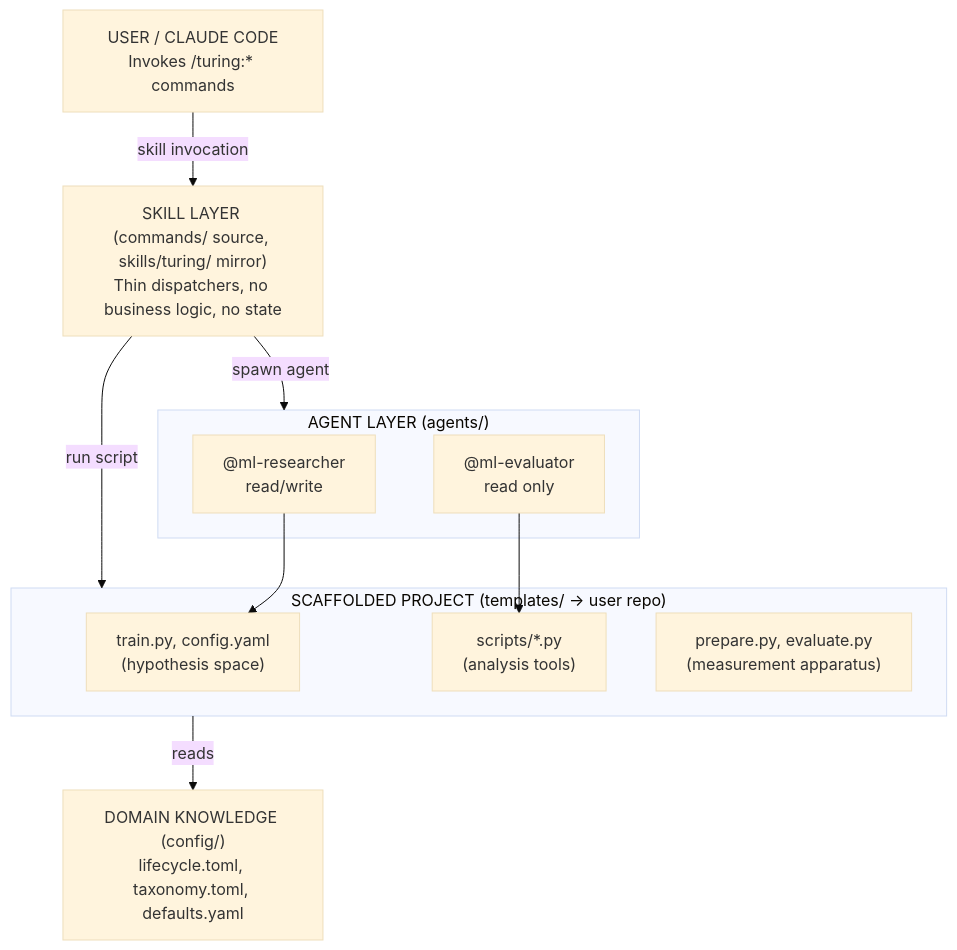
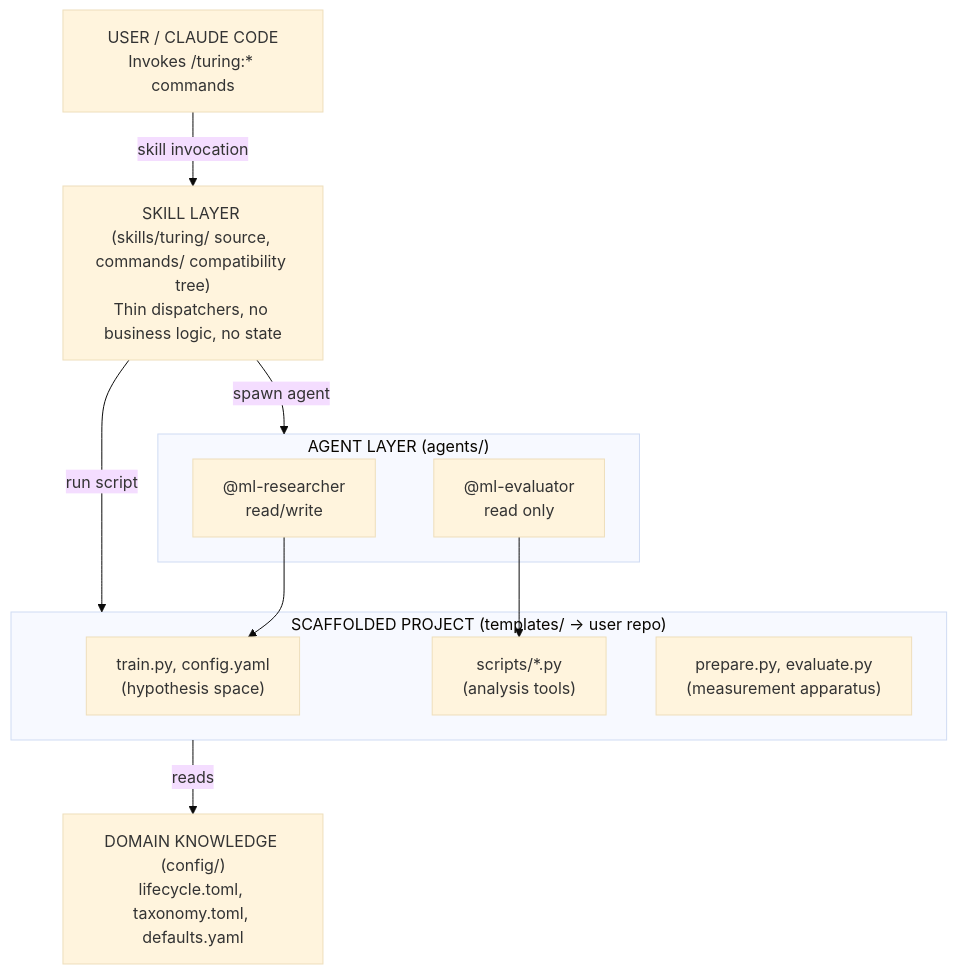
One commit to ThePyProgrammer/turing changed the second of 2 diagrams in docs/architecture/index.md. Above: the diagram before and after it, drawn with Mermaid (base theme). The commit also changed other lines of this file and 3 other files, not shown here.

Commit message:
docs: document skills as command source

````diff
--- a/docs/architecture/index.md
+++ b/docs/architecture/index.md
@@ -115,24 +115,24 @@
 ```mermaid
 flowchart TD
     USER["USER / CLAUDE CODE<br/>Invokes /turing:* commands"]
     USER -- "skill invocation" --> SKILL
 
-    SKILL["SKILL LAYER (commands/ source, skills/turing/ mirror)<br/>Thin dispatchers, no business logic, no state"]
+    SKILL["SKILL LAYER (skills/turing/ source, commands/ compatibility tree)<br/>Thin dispatchers, no business logic, no state"]
     SKILL -- "spawn agent" --> AGENT
     SKILL -- "run script" --> PROJECT
 
     subgraph AGENT["AGENT LAYER (agents/)"]
         RES["@ml-researcher<br/>read/write"]
         EVAL["@ml-evaluator<br/>read only"]
     end
 
     subgraph PROJECT["SCAFFOLDED PROJECT (templates/ → user repo)"]
         HYPO["train.py, config.yaml<br/>(hypothesis space)"]
         SCRIPTS["scripts/*.py<br/>(analysis tools)"]
         APPARATUS["prepare.py, evaluate.py<br/>(measurement apparatus)"]
     end
 
     RES --> HYPO
     EVAL --> SCRIPTS
     PROJECT -- "reads" --> CONFIG["DOMAIN KNOWLEDGE (config/)<br/>lifecycle.toml, taxonomy.toml, defaults.yaml"]
 ```
````
